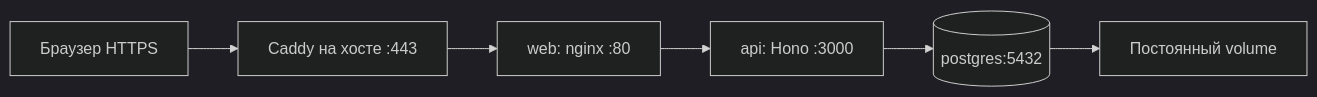
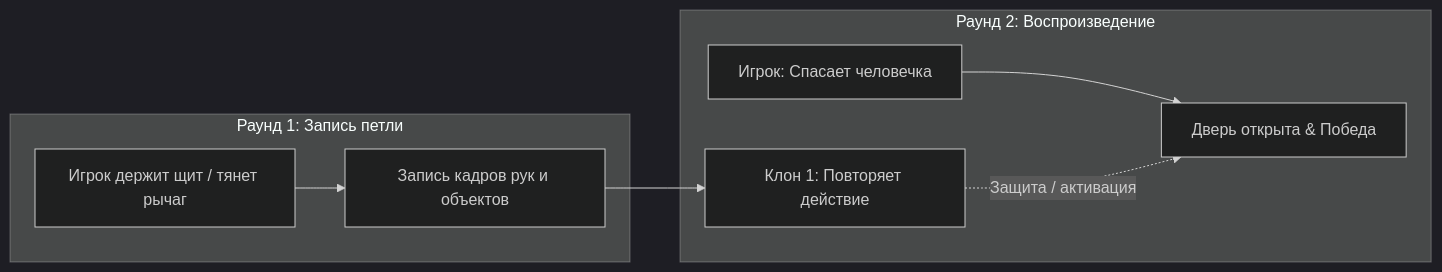
One commit to UNI-ROOM/admit-hackathon-2026 changed the diagram in README.md. Above: the diagram before and after it, drawn with Mermaid (dark theme). The commit also changed other lines of this file, not shown here.

````diff
--- a/README.md
+++ b/README.md
@@ -82,8 +51,11 @@
 ```mermaid
 flowchart LR
-    Browser[Браузер HTTPS] --> Caddy[Caddy на хосте :443]
-    Caddy --> Web[web: nginx :80]
-    Web --> API[api: Hono :3000]
-    API --> DB[(postgres:5432)]
-    DB --> Volume[Постоянный volume]
+    subgraph Round1 [Раунд 1: Запись петли]
+        A[Игрок держит щит / тянет рычаг] --> B[Запись кадров рук и объектов]
+    end
+    subgraph Round2 [Раунд 2: Воспроизведение]
+        B --> C[Клон 1: Повторяет действие]
+        D[Игрок: Спасает человечка] --> E[Дверь открыта & Победа]
+        C -. Защита / активация .-> E
+    end
 ```
````
